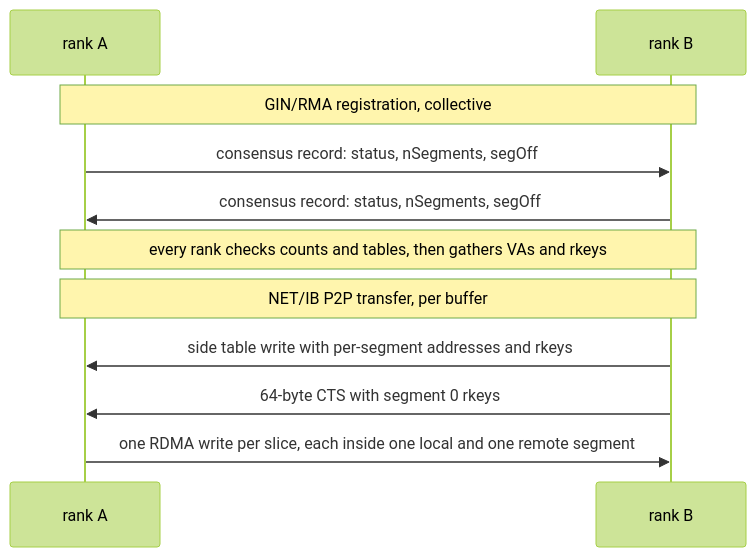
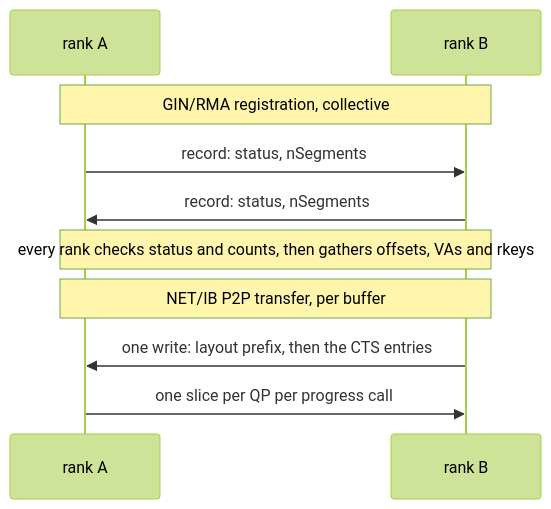
The second of 4 diagrams in projects/rccl/docs/design/multi_segment_overview.md (ROCm/rocm-systems), drawn with Mermaid (forest theme) before and after one commit. The commit also changed other lines of this file and 16 other files, not shown here.

````diff
--- a/projects/rccl/docs/design/multi_segment_overview.md
+++ b/projects/rccl/docs/design/multi_segment_overview.md
@@ -46,14 +48,13 @@
 ```mermaid
 %% caption: How each transport learns the remote segment layout
 sequenceDiagram
  participant A as rank A
  participant B as rank B
  Note over A,B: GIN/RMA registration, collective
- A->>B: consensus record: status, nSegments, segOff
- B->>A: consensus record: status, nSegments, segOff
- Note over A,B: every rank checks counts and tables, then gathers VAs and rkeys
+ A->>B: record: status, nSegments
+ B->>A: record: status, nSegments
+ Note over A,B: every rank checks status and counts, then gathers offsets, VAs and rkeys
  Note over A,B: NET/IB P2P transfer, per buffer
- B->>A: side table write with per-segment addresses and rkeys
- B->>A: 64-byte CTS with segment 0 rkeys
- A->>B: one RDMA write per slice, each inside one local and one remote segment
+ B->>A: one write: layout prefix, then the CTS entries
+ A->>B: one slice per QP per progress call
 ```
````
